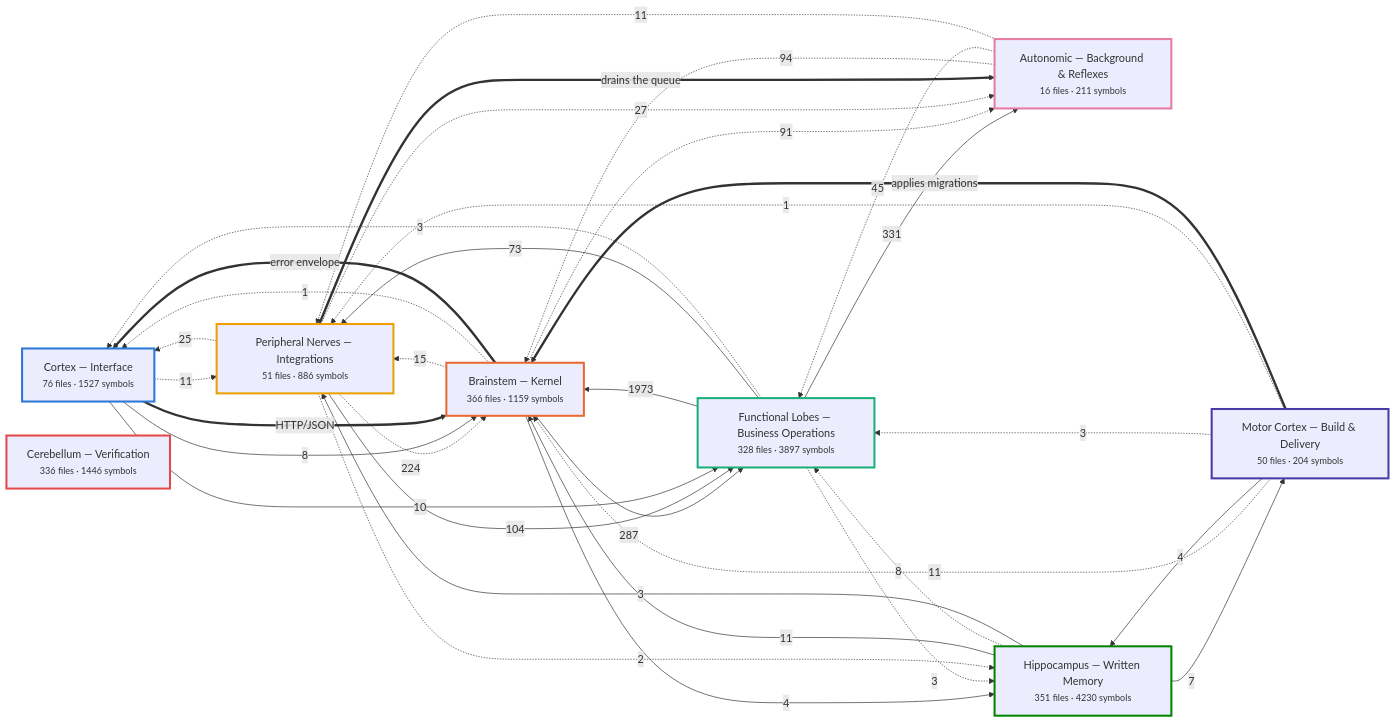
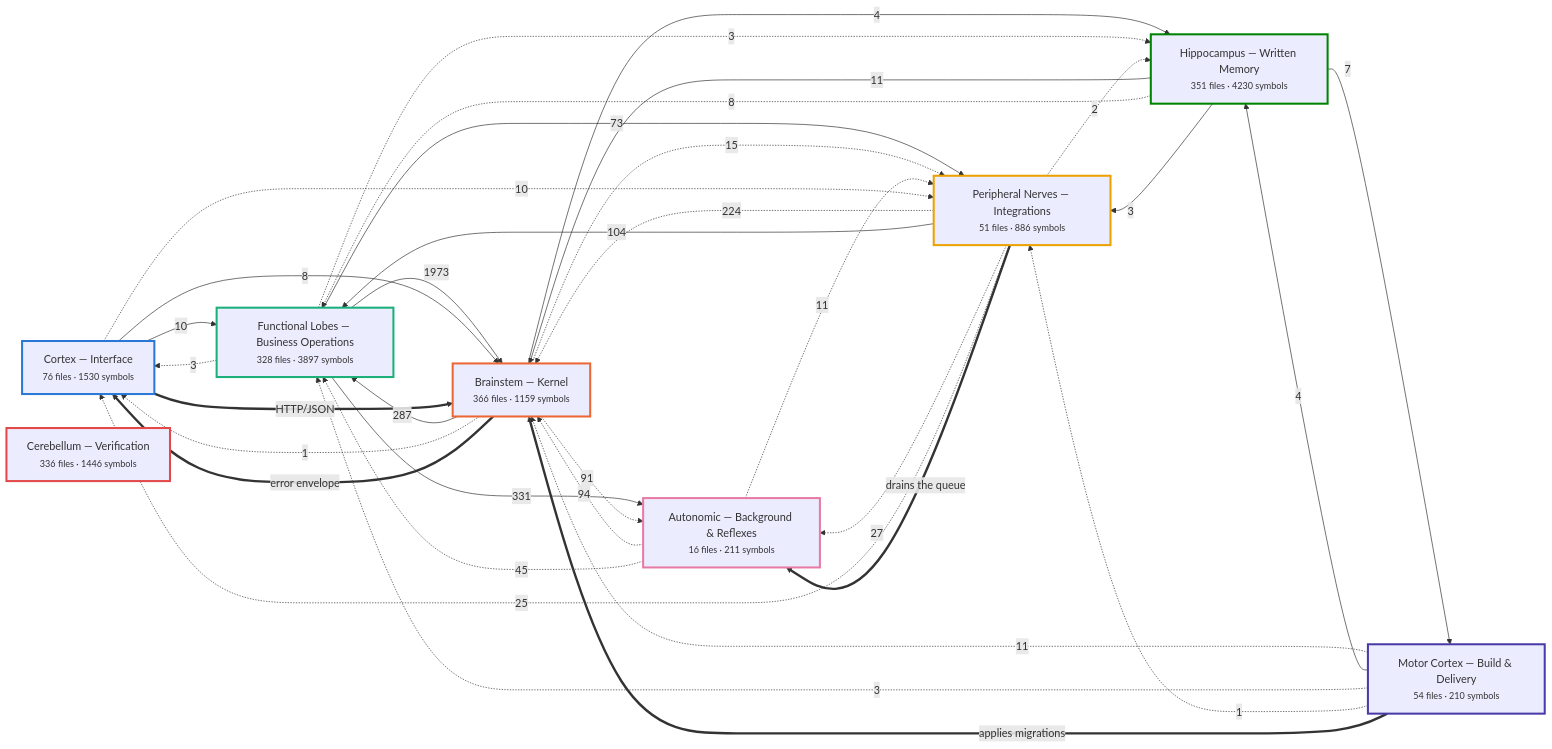
One commit to Vishalnayak226/custom_erp changed the first of 7 diagrams in docs/brain/BRAIN.md. Above: the diagram before and after it, drawn with Mermaid. The commit also changed other lines of this file and 30 other files, not shown here.

````diff
--- a/docs/brain/BRAIN.md
+++ b/docs/brain/BRAIN.md
@@ -35,60 +35,60 @@
 ```mermaid
 flowchart LR
-  n_cortex["Cortex — Interface<br/><small>76 files · 1527 symbols</small>"]
+  n_cortex["Cortex — Interface<br/><small>76 files · 1530 symbols</small>"]
   n_brainstem["Brainstem — Kernel<br/><small>366 files · 1159 symbols</small>"]
   n_business["Functional Lobes — Business Operations<br/><small>328 files · 3897 symbols</small>"]
   n_peripheral["Peripheral Nerves — Integrations<br/><small>51 files · 886 symbols</small>"]
   n_autonomic["Autonomic — Background & Reflexes<br/><small>16 files · 211 symbols</small>"]
   n_memory["Hippocampus — Written Memory<br/><small>351 files · 4230 symbols</small>"]
-  n_motor["Motor Cortex — Build & Delivery<br/><small>50 files · 204 symbols</small>"]
+  n_motor["Motor Cortex — Build & Delivery<br/><small>54 files · 210 symbols</small>"]
   n_verification["Cerebellum — Verification<br/><small>336 files · 1446 symbols</small>"]
   n_business -->|1973| n_brainstem
   n_business -->|331| n_autonomic
   n_brainstem -->|287| n_business
   n_peripheral -.->|224| n_brainstem
   n_peripheral -->|104| n_business
   n_autonomic -.->|94| n_brainstem
   n_brainstem -.->|91| n_autonomic
   n_business -->|73| n_peripheral
   n_autonomic -.->|45| n_business
   n_peripheral -.->|27| n_autonomic
   n_peripheral -.->|25| n_cortex
   n_brainstem -.->|15| n_peripheral
   n_autonomic -.->|11| n_peripheral
-  n_cortex -.->|11| n_peripheral
   n_memory -->|11| n_brainstem
   n_motor -.->|11| n_brainstem
   n_cortex -->|10| n_business
+  n_cortex -.->|10| n_peripheral
   n_cortex -->|8| n_brainstem
   n_memory -.->|8| n_business
   n_memory -->|7| n_motor
   n_brainstem -->|4| n_memory
   n_motor -->|4| n_memory
   n_business -.->|3| n_cortex
   n_business -.->|3| n_memory
   n_memory -->|3| n_peripheral
   n_motor -.->|3| n_business
   n_peripheral -.->|2| n_memory
   n_brainstem -.->|1| n_cortex
   n_motor -.->|1| n_peripheral
   n_brainstem ==>|error envelope| n_cortex
   n_cortex ==>|HTTP/JSON| n_brainstem
   n_motor ==>|applies migrations| n_brainstem
   n_peripheral ==>|drains the queue| n_autonomic
   classDef n_cortex stroke:#2a78d6,stroke-width:3px;
   class n_cortex n_cortex;
   classDef n_brainstem stroke:#eb6834,stroke-width:3px;
   class n_brainstem n_brainstem;
   classDef n_business stroke:#1baf7a,stroke-width:3px;
   class n_business n_business;
   classDef n_peripheral stroke:#eda100,stroke-width:3px;
   class n_peripheral n_peripheral;
   classDef n_autonomic stroke:#e87ba4,stroke-width:3px;
   class n_autonomic n_autonomic;
   classDef n_memory stroke:#008300,stroke-width:3px;
   class n_memory n_memory;
   classDef n_motor stroke:#4a3aa7,stroke-width:3px;
   class n_motor n_motor;
   classDef n_verification stroke:#e34948,stroke-width:3px;
   class n_verification n_verification;
 ```
````
